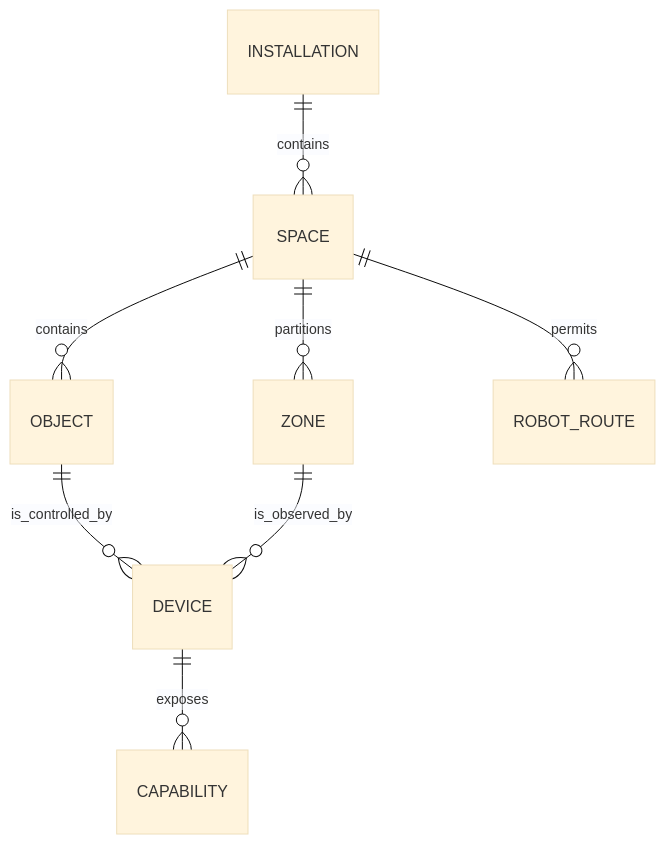
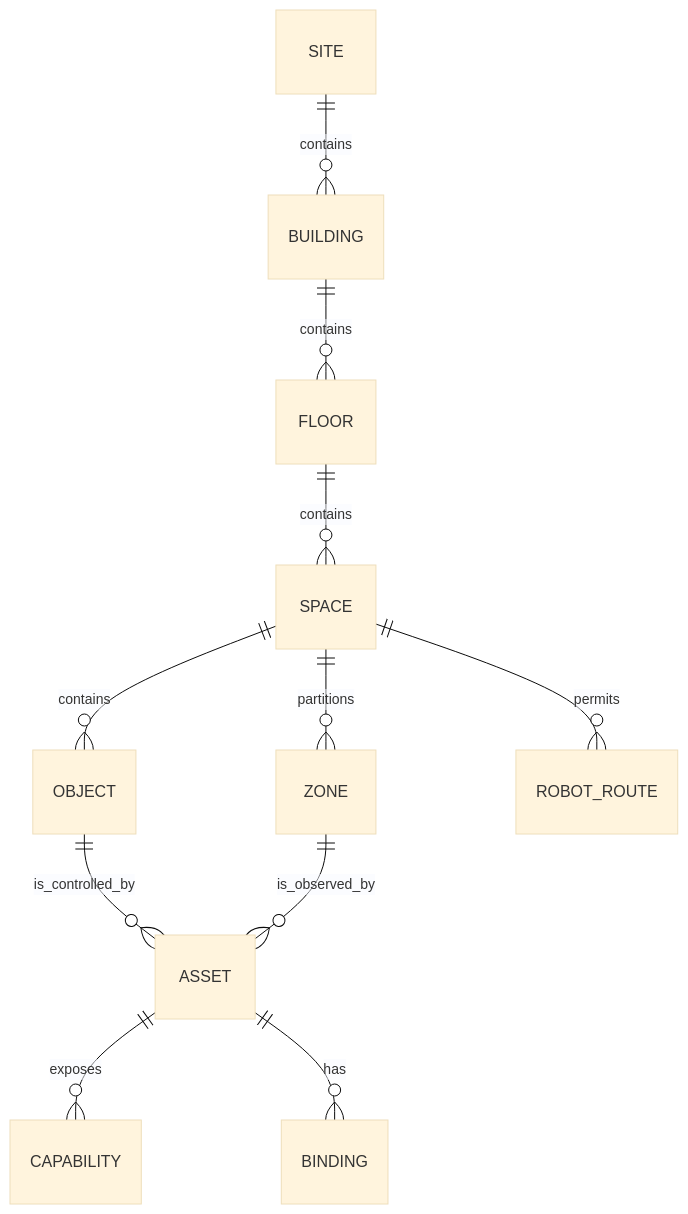
One commit to 3hllc/osip-docs changed the diagram in docs/en/architecture/digital-twin.md. Above: the diagram before and after it, drawn with Mermaid (base theme). The commit also changed other lines of this file and 91 other files, not shown here.

Commit message:
Define OSIP reasoning and deployment architecture

````diff
--- a/docs/en/architecture/digital-twin.md
+++ b/docs/en/architecture/digital-twin.md
@@ -21,10 +21,13 @@
 ```mermaid
 erDiagram
-  INSTALLATION ||--o{ SPACE : contains
+  SITE ||--o{ BUILDING : contains
+  BUILDING ||--o{ FLOOR : contains
+  FLOOR ||--o{ SPACE : contains
   SPACE ||--o{ ZONE : partitions
   SPACE ||--o{ OBJECT : contains
-  OBJECT ||--o{ DEVICE : is_controlled_by
-  ZONE ||--o{ DEVICE : is_observed_by
-  DEVICE ||--o{ CAPABILITY : exposes
+  OBJECT ||--o{ ASSET : is_controlled_by
+  ZONE ||--o{ ASSET : is_observed_by
+  ASSET ||--o{ CAPABILITY : exposes
+  ASSET ||--o{ BINDING : has
   SPACE ||--o{ ROBOT_ROUTE : permits
 ```
````
